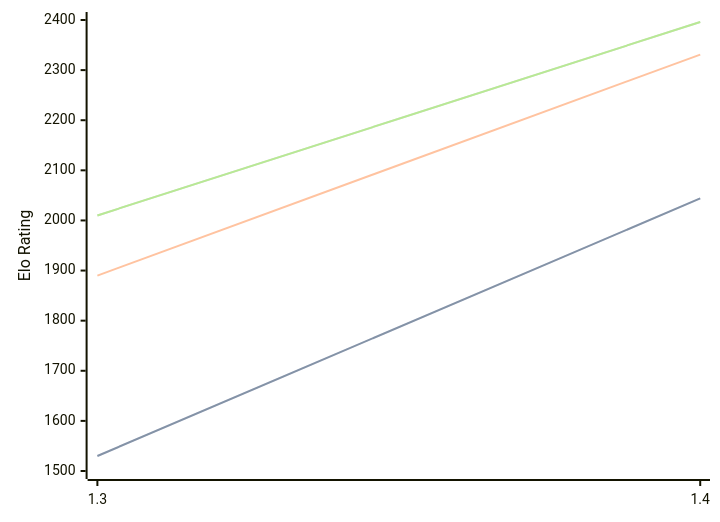
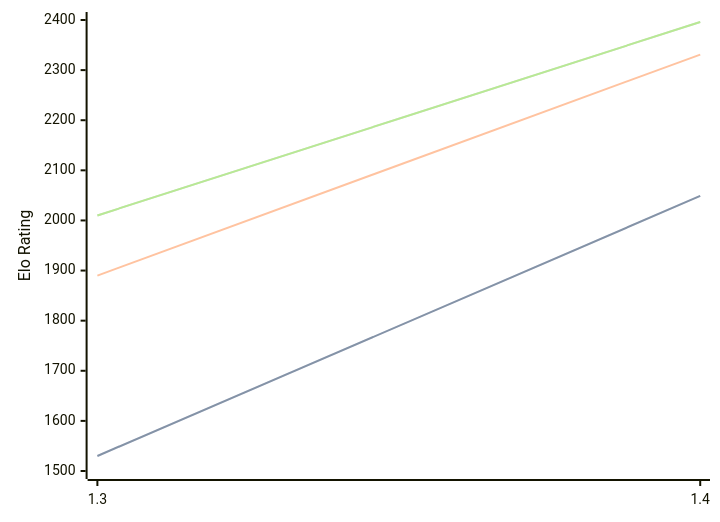
The diagram in engines/Facon.md (computer-chess-index/cci), drawn with Mermaid before and after one commit. The commit also changed other lines of this file, not shown here.

````diff
--- a/engines/Facon.md
+++ b/engines/Facon.md
@@ -35,11 +35,11 @@
 ```mermaid
 %%{init: {"theme":"base","themeVariables":{"seriesColors:['#a3a3a3','#222221','#faa371']}}}%%
 xychart-beta
   x-axis ["1.3", "1.4"]
   y-axis "Elo Rating" 1500 --> 2400
-  line "STC (8.0+0.08s)" [1530, 2044]
-  line "STC (8.0+0.08s)" [1530, 2044]
+  line "STC (8.0+0.08s)" [1530, 2049]
+  line "STC (8.0+0.08s)" [1530, 2049]
   line "LTC (60.0+0.60s)" [1890, 2331]
   line "VLTC (2m24s+1.12s)" [2010, 2396]
   line "VLTC (2m24s+1.12s)" [2010, 2396]
 ```
````
